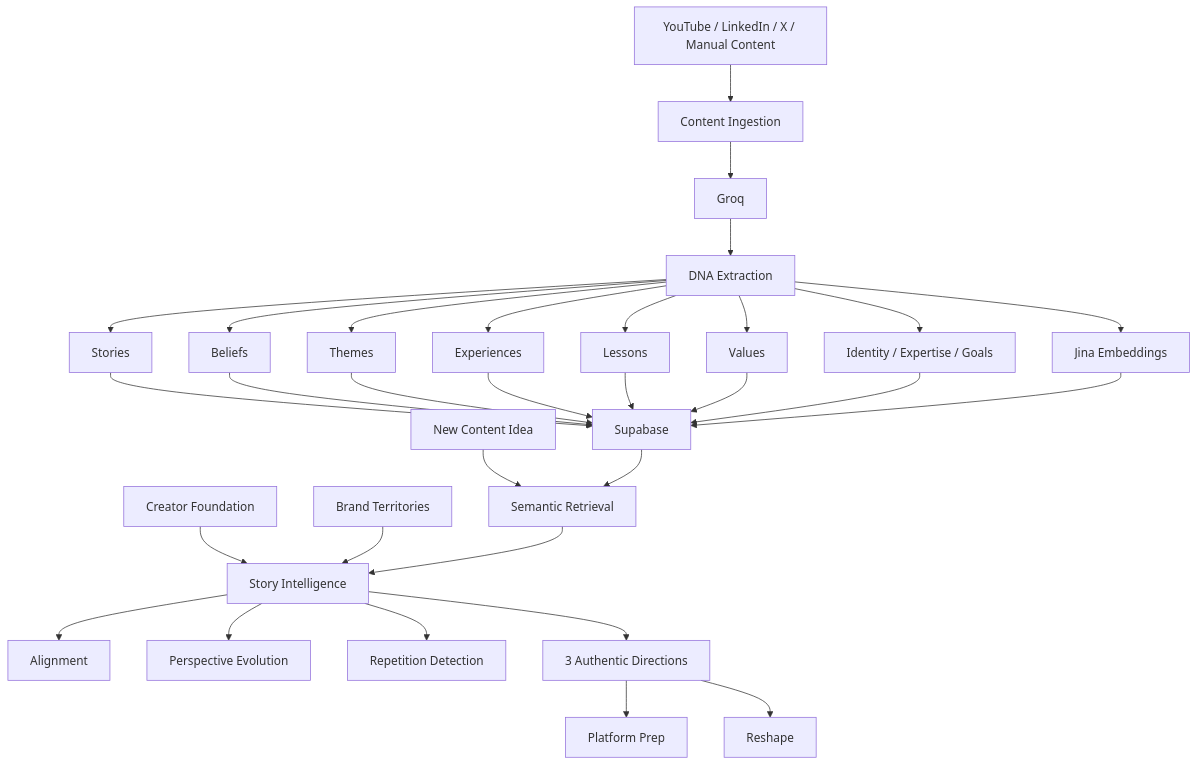
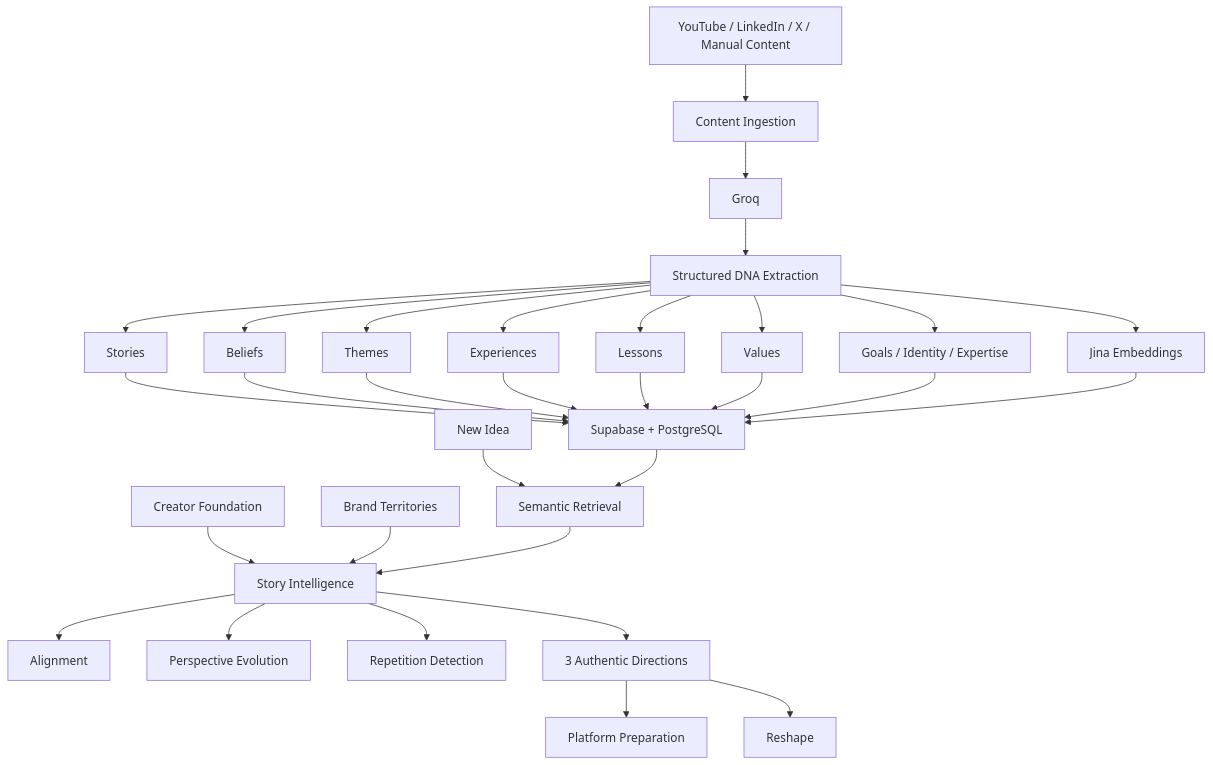
The diagram in README.md (Aishwaryajakka/CreatorDNA), drawn with Mermaid before and after one commit. The commit also changed other lines of this file, not shown here.

````diff
--- a/README.md
+++ b/README.md
@@ -393,41 +448,41 @@
 ```mermaid
 flowchart TD
     A[YouTube / LinkedIn / X / Manual Content] --> B[Content Ingestion]
 
     B --> C[Groq]
-    C --> D[DNA Extraction]
+    C --> D[Structured DNA Extraction]
 
     D --> E[Stories]
     D --> F[Beliefs]
     D --> G[Themes]
     D --> H[Experiences]
     D --> I[Lessons]
     D --> J[Values]
-    D --> K[Identity / Expertise / Goals]
+    D --> K[Goals / Identity / Expertise]
 
-    E --> L[Supabase]
+    E --> L[Supabase + PostgreSQL]
     F --> L
     G --> L
     H --> L
     I --> L
     J --> L
     K --> L
 
     D --> M[Jina Embeddings]
     M --> L
 
-    N[New Content Idea] --> O[Semantic Retrieval]
+    N[New Idea] --> O[Semantic Retrieval]
     L --> O
 
     P[Creator Foundation] --> Q[Story Intelligence]
     R[Brand Territories] --> Q
     O --> Q
 
     Q --> S[Alignment]
     Q --> T[Perspective Evolution]
     Q --> U[Repetition Detection]
     Q --> V[3 Authentic Directions]
 
-    V --> W[Platform Prep]
+    V --> W[Platform Preparation]
     V --> X[Reshape]
 ```
````
